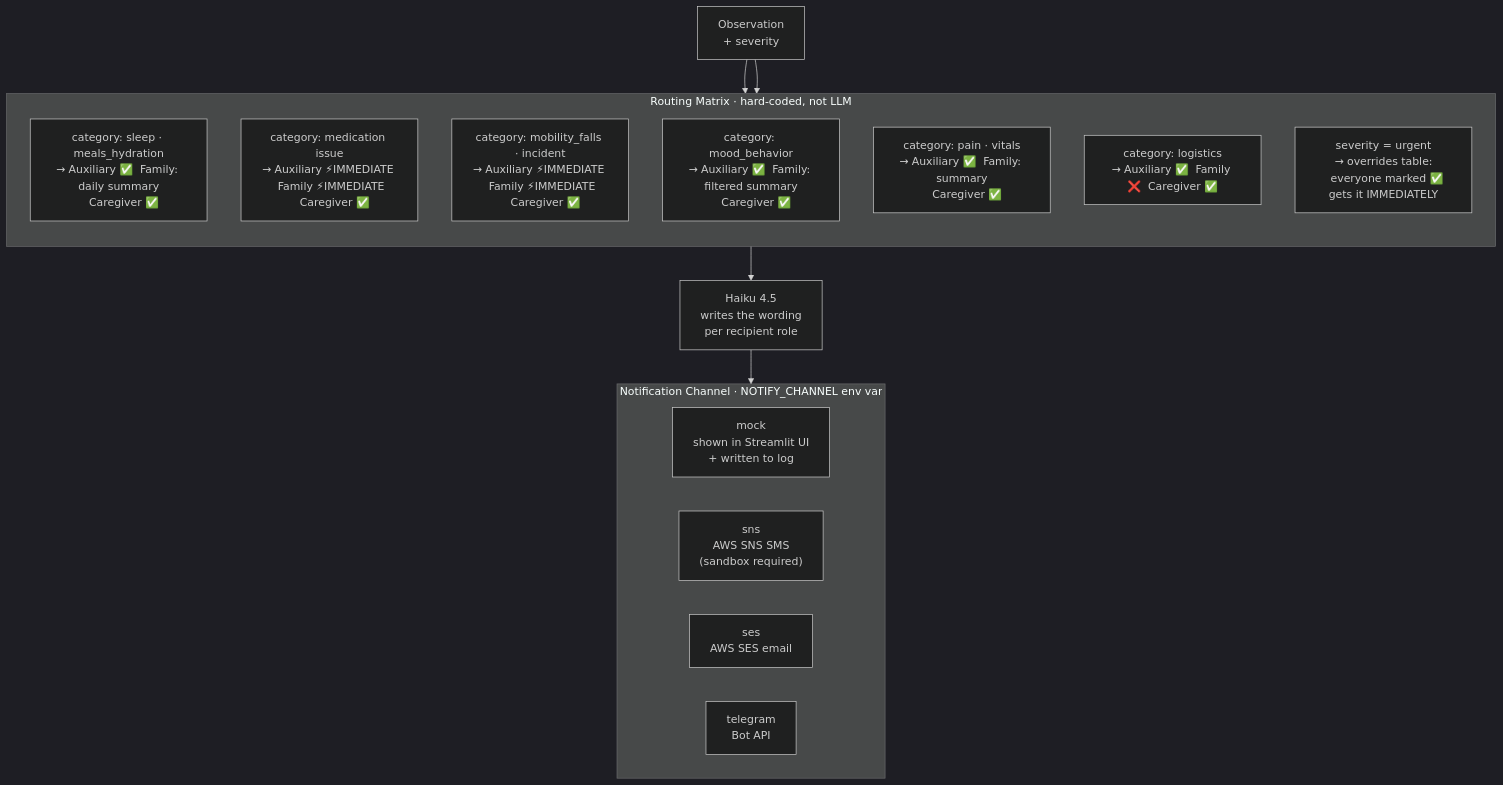
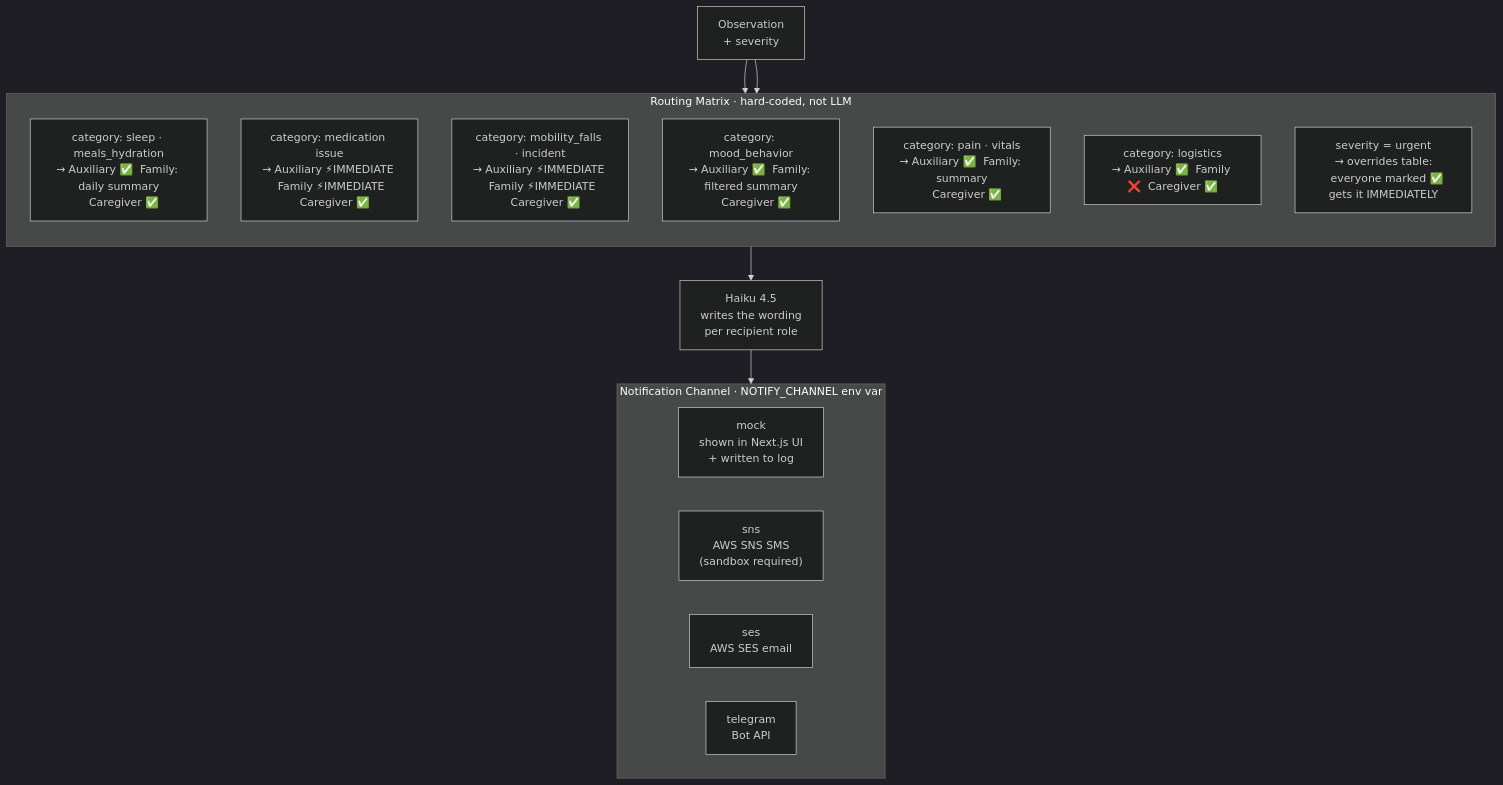
One commit to Amine-te/clover-v-sopra-steria-hackathon changed the fourth of 8 diagrams in karis_architecture.md. Above: the diagram before and after it, drawn with Mermaid (dark theme). The commit also changed other lines of this file and 2 other files, not shown here.

Commit message:
replace streamlit with react in the docs

````diff
--- a/karis_architecture.md
+++ b/karis_architecture.md
@@ -125,26 +125,26 @@
 ```mermaid
 flowchart TD
     OBS["Observation<br/>+ severity"] --> RM
 
     subgraph RM ["Routing Matrix  ·  hard-coded, not LLM"]
         direction TB
         R1["category: sleep · meals_hydration<br/>→ Auxiliary ✅  Family: daily summary<br/>   Caregiver ✅"]
         R2["category: medication issue<br/>→ Auxiliary ⚡IMMEDIATE  Family ⚡IMMEDIATE<br/>   Caregiver ✅"]
         R3["category: mobility_falls · incident<br/>→ Auxiliary ⚡IMMEDIATE  Family ⚡IMMEDIATE<br/>   Caregiver ✅"]
         R4["category: mood_behavior<br/>→ Auxiliary ✅  Family: filtered summary<br/>   Caregiver ✅"]
         R5["category: pain · vitals<br/>→ Auxiliary ✅  Family: summary<br/>   Caregiver ✅"]
         R6["category: logistics<br/>→ Auxiliary ✅  Family ❌  Caregiver ✅"]
         OVERRIDE["severity = urgent<br/>→ overrides table:<br/>   everyone marked ✅ gets it IMMEDIATELY"]
     end
 
     OBS --> OVERRIDE
     RM --> LLM["Haiku 4.5<br/>writes the wording<br/>per recipient role"]
     LLM --> CH
 
     subgraph CH ["Notification Channel  ·  NOTIFY_CHANNEL env var"]
-        MOCK["mock<br/>shown in Streamlit UI<br/>+ written to log"]
+        MOCK["mock<br/>shown in Next.js UI<br/>+ written to log"]
         SNS["sns<br/>AWS SNS SMS<br/>(sandbox required)"]
         SES["ses<br/>AWS SES email"]
         TEL["telegram<br/>Bot API"]
     end
 ```
````
